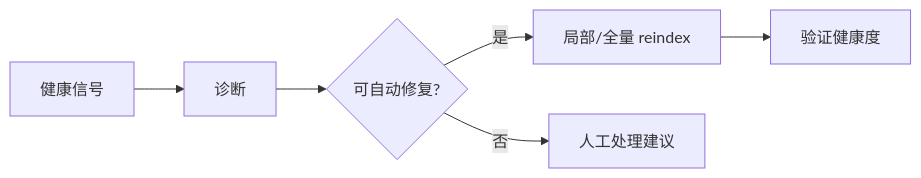
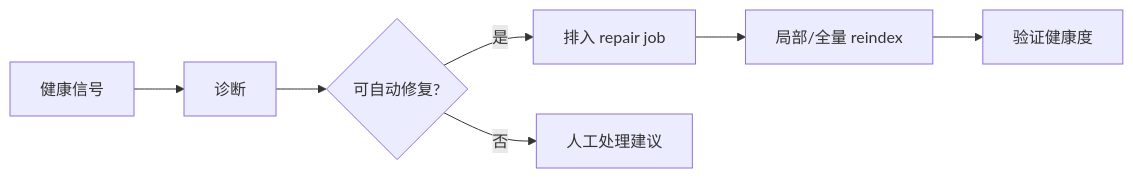
One commit to jinhuang712/open-novel changed the second of 2 diagrams in spec/platform/R04-index-health-and-repair.md. Above: the diagram before and after it, drawn with Mermaid. The commit also changed other lines of this file and 65 other files, not shown here.

````diff
--- a/spec/platform/R04-index-health-and-repair.md
+++ b/spec/platform/R04-index-health-and-repair.md
@@ -17,8 +43,9 @@
 ```mermaid
 flowchart LR
   Signal[健康信号] --> Diagnose[诊断]
   Diagnose --> Repair{可自动修复?}
-  Repair -->|是| Reindex[局部/全量 reindex]
+  Repair -->|是| Queue[排入 repair job]
+  Queue --> Reindex[局部/全量 reindex]
   Repair -->|否| User[人工处理建议]
   Reindex --> Verify[验证健康度]
 ```
````
